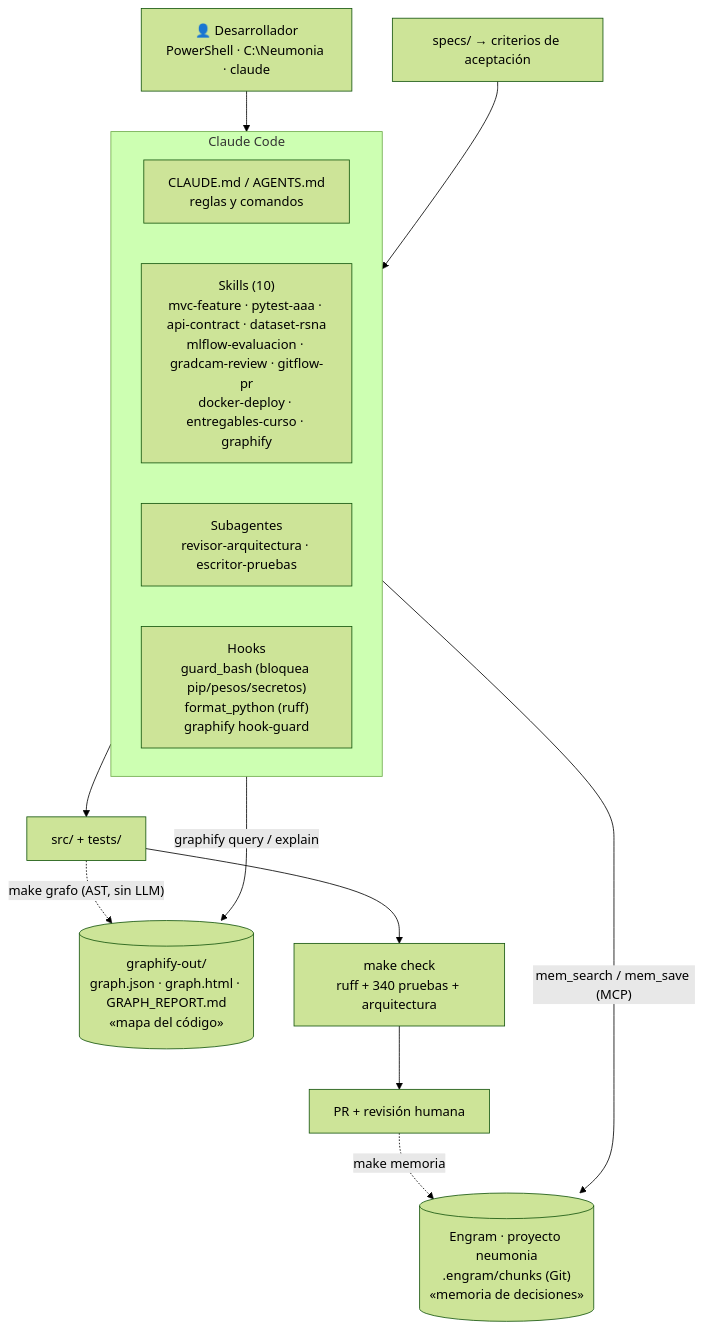
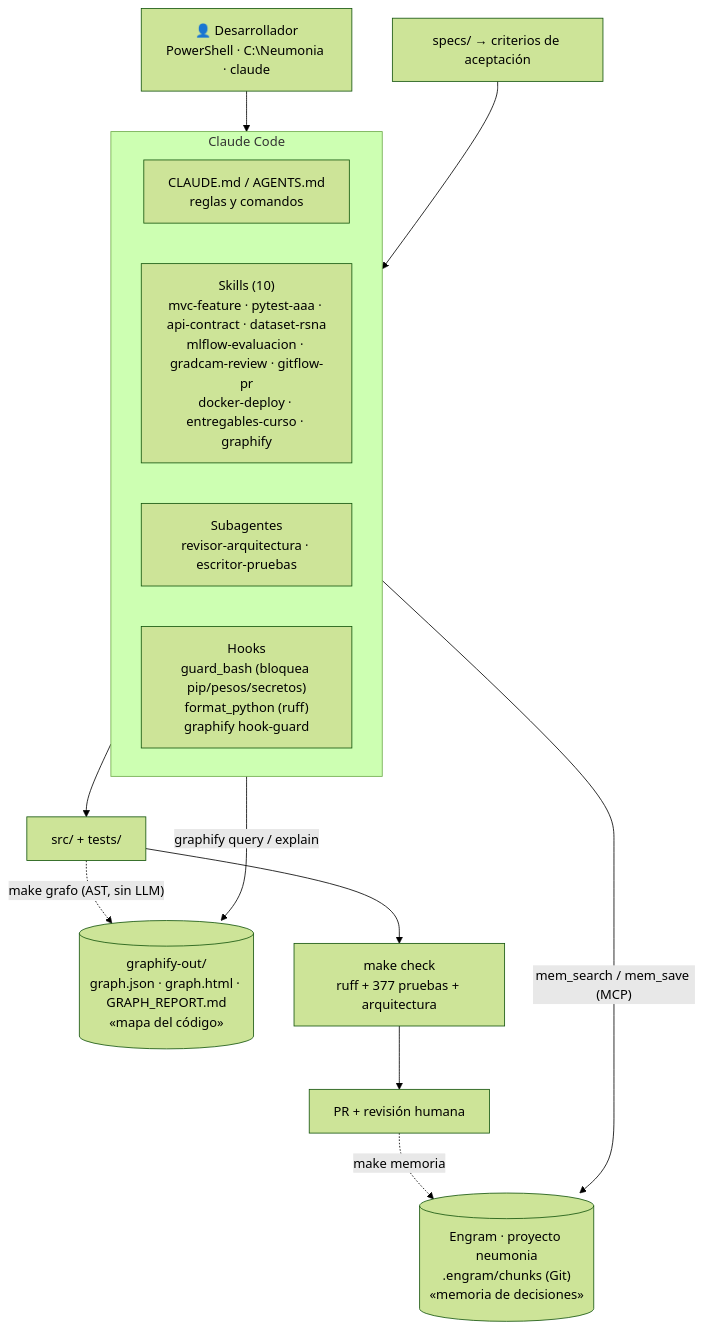
One commit to JulianReneMunoz/Neumonia changed the diagram in docs/arquitectura/diagramas/11-flujo-agentico.mmd. Above: the diagram before and after it, drawn with Mermaid (forest theme). The commit also changed 35 other files, not shown here.

```diff
--- a/docs/arquitectura/diagramas/11-flujo-agentico.mmd
+++ b/docs/arquitectura/diagramas/11-flujo-agentico.mmd
@@ -1,22 +1,22 @@
 %% Flujo de desarrollo con consola agéntica (Claude Code + graphify + engram)
 flowchart TB
   dev["👤 Desarrollador<br/>PowerShell · C:\Neumonia · claude"]
   subgraph CC["Claude Code"]
     mem["CLAUDE.md / AGENTS.md<br/>reglas y comandos"]
     sk["Skills (10)<br/>mvc-feature · pytest-aaa · api-contract · dataset-rsna<br/>mlflow-evaluacion · gradcam-review · gitflow-pr<br/>docker-deploy · entregables-curso · graphify"]
     ag["Subagentes<br/>revisor-arquitectura · escritor-pruebas"]
     hk["Hooks<br/>guard_bash (bloquea pip/pesos/secretos)<br/>format_python (ruff)<br/>graphify hook-guard"]
   end
   gr[("graphify-out/<br/>graph.json · graph.html · GRAPH_REPORT.md<br/>«mapa del código»")]
   en[("Engram · proyecto neumonia<br/>.engram/chunks (Git)<br/>«memoria de decisiones»")]
   sp["specs/ → criterios de aceptación"]
   code["src/ + tests/"]
-  gate["make check<br/>ruff + 340 pruebas + arquitectura"]
+  gate["make check<br/>ruff + 377 pruebas + arquitectura"]
   pr["PR + revisión humana"]
   dev --> CC
   CC -- "graphify query / explain" --> gr
   CC -- "mem_search / mem_save (MCP)" --> en
   sp --> CC
   CC --> code --> gate --> pr
   code -. "make grafo (AST, sin LLM)" .-> gr
   pr -. "make memoria" .-> en
```
